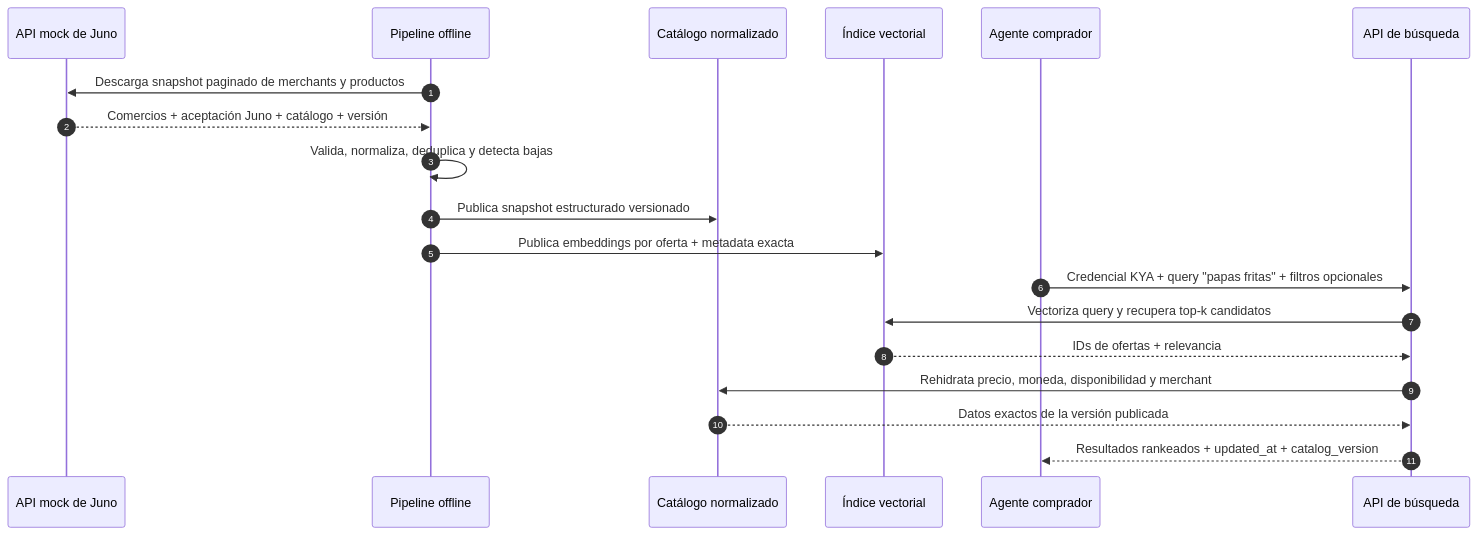
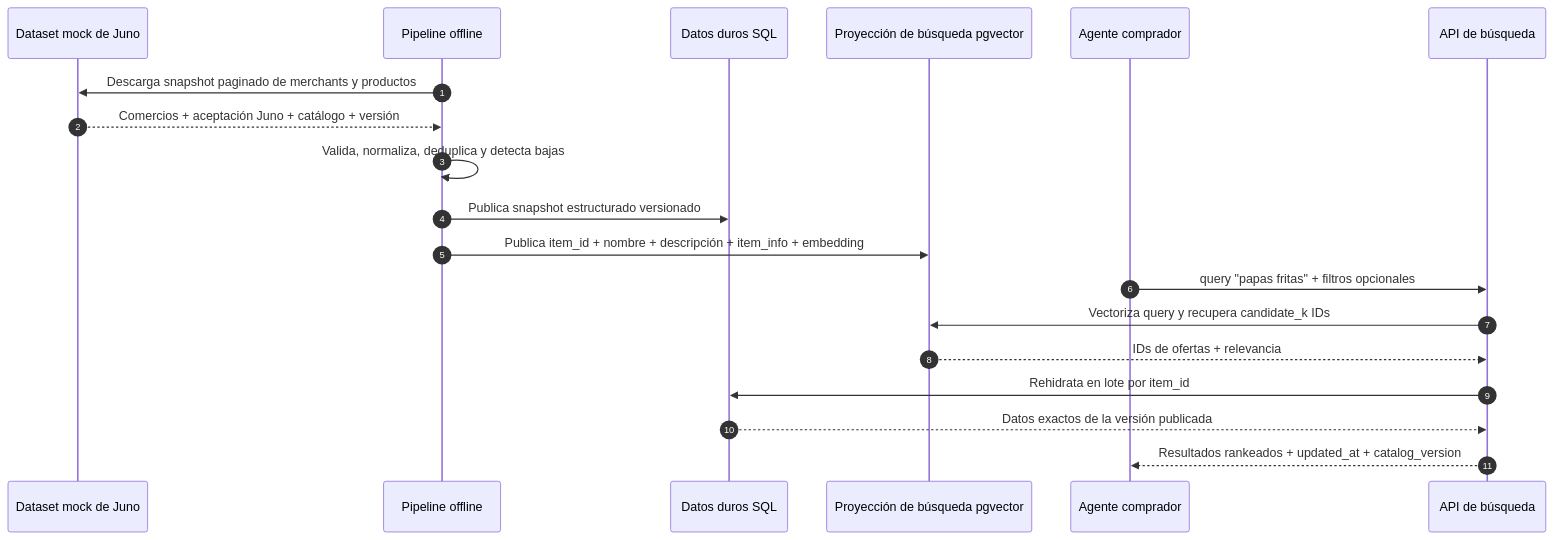
Before and after one commit to ram4-dev/nextwave_hackathon: the second of 3 diagrams in FLOW.md, drawn with Mermaid. The commit also changed other lines of this file and 73 other files, not shown here.

````diff
--- a/FLOW.md
+++ b/FLOW.md
@@ -70,22 +77,22 @@
 ```mermaid
 sequenceDiagram
   autonumber
-  participant JM as API mock de Juno
+  participant JM as Dataset mock de Juno
   participant P as Pipeline offline
-  participant C as Catálogo normalizado
-  participant V as Índice vectorial
+  participant C as Datos duros SQL
+  participant V as Proyección de búsqueda pgvector
   participant A as Agente comprador
   participant S as API de búsqueda
 
   P->>JM: Descarga snapshot paginado de merchants y productos
   JM-->>P: Comercios + aceptación Juno + catálogo + versión
   P->>P: Valida, normaliza, deduplica y detecta bajas
   P->>C: Publica snapshot estructurado versionado
-  P->>V: Publica embeddings por oferta + metadata exacta
-  A->>S: Credencial KYA + query "papas fritas" + filtros opcionales
-  S->>V: Vectoriza query y recupera top-k candidatos
+  P->>V: Publica item_id + nombre + descripción + item_info + embedding
+  A->>S: query "papas fritas" + filtros opcionales
+  S->>V: Vectoriza query y recupera candidate_k IDs
   V-->>S: IDs de ofertas + relevancia
-  S->>C: Rehidrata precio, moneda, disponibilidad y merchant
+  S->>C: Rehidrata en lote por item_id
   C-->>S: Datos exactos de la versión publicada
   S-->>A: Resultados rankeados + updated_at + catalog_version
 ```
````
